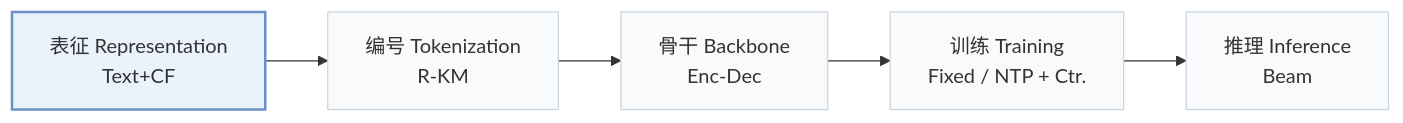
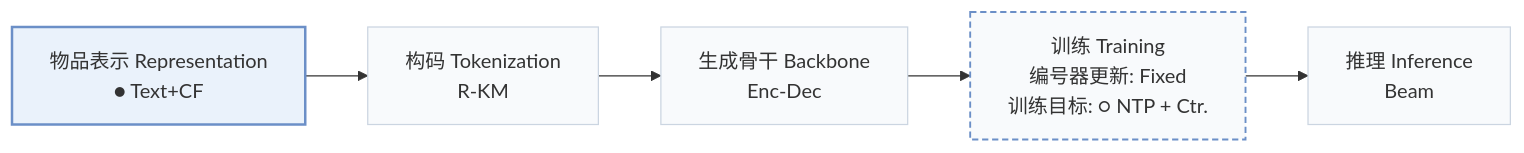
One commit to Galaxy-ghost/Awesome-SID-Generative-Rec changed the first of 2 diagrams in pages/zh/papers/unger.md. Above: the diagram before and after it, drawn with Mermaid. The commit also changed other lines of this file and 558 other files, not shown here.

````diff
--- a/pages/zh/papers/unger.md
+++ b/pages/zh/papers/unger.md
@@ -15,8 +18,10 @@
 ```mermaid
 flowchart LR
-    R["表征 Representation<br/>Text+CF"] --> T["编号 Tokenization<br/>R-KM"] --> B["骨干 Backbone<br/>Enc-Dec"] --> TR["训练 Training<br/>Fixed / NTP + Ctr."] --> I["推理 Inference<br/>Beam"]
+    R["物品表示 Representation<br/>● Text+CF"] --> T["构码 Tokenization<br/>R-KM"] --> B["生成骨干 Backbone<br/>Enc-Dec"] --> TR["训练 Training<br/>编号器更新: Fixed<br/>训练目标: ○ NTP + Ctr."] --> I["推理 Inference<br/>Beam"]
     classDef base fill:#f8fafc,stroke:#cbd5e1
     class R,T,B,TR,I base
+    classDef other fill:#f8fafc,stroke:#6b8fc7,stroke-width:1.5px,stroke-dasharray:5 3
+    class TR other
     classDef main fill:#eaf2fb,stroke:#6b8fc7,stroke-width:2px
     class R main
 ```
````
